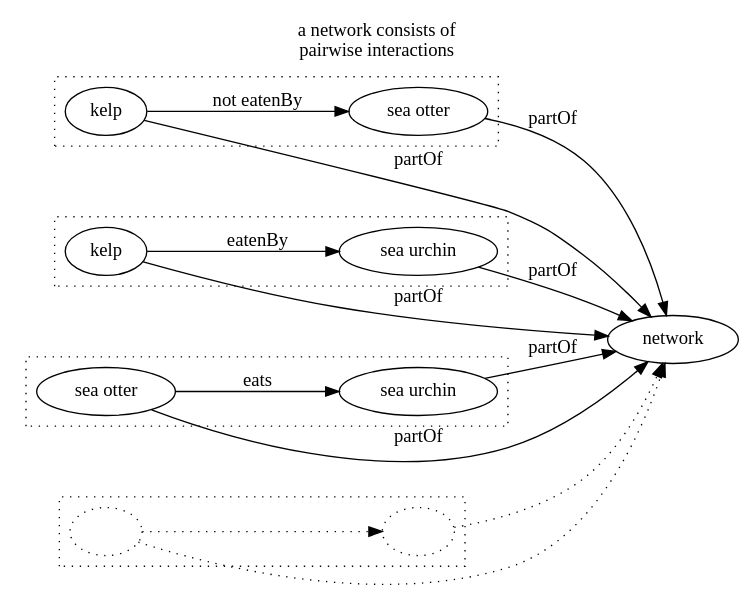
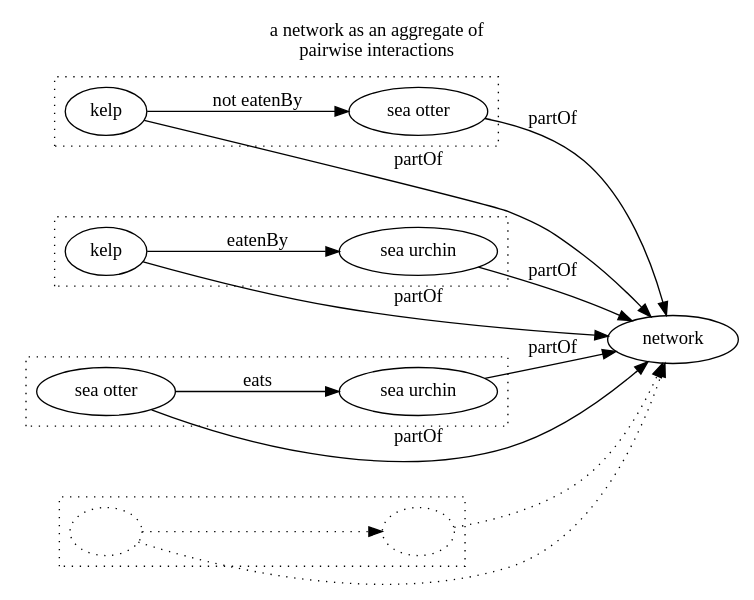
One commit to qgroom/globis-b-interactions changed the diagram in network-as-pairwise.dot. Above: the diagram before and after it, drawn with Graphviz. The commit also changed 1 other file, not shown here.

Commit message:
update figure

```diff
--- a/network-as-pairwise.dot
+++ b/network-as-pairwise.dot
@@ -1,55 +1,55 @@
 digraph pairwise {
     rankdir=LR;
     labelloc="t";
-    label="a network consists of\npairwise interactions";
+    label="a network as an aggregate of\npairwise interactions";
     
     a0 [label="kelp"];
     a1 [label="kelp"];
     
     b0 [label="sea otter"];
     b1 [label="sea otter"];
     
     c0 [label="sea urchin"];
     c1 [label="sea urchin"];
     
     empty0 [label="", style = dotted];
     empty1 [label="", style = dotted];
 
     subgraph cluster0 {
       label = "";
       style = dotted;
       a0 -> b0 [label="not eatenBy"];
     }
 
     subgraph cluster1 {
       label = "";
       style = dotted;
       a1 -> c0 [label="eatenBy"];
     }
 
     subgraph cluster2 {
       label = "";
       style = dotted;
       b1 -> c1 [label="eats"];
     }
    
     subgraph cluster3 {
       label = "";
       style = dotted;
       empty0 -> empty1 [label="", style = dotted];
     }
 
     n [label="network"]
 
     a0 -> n [label="partOf"];
     a1 -> n [label="partOf"];
     
     b0 -> n [label="partOf"];
     b1 -> n [label="partOf"];
     
     c0 -> n [label="partOf"];
     c1 -> n [label="partOf"];
     
     empty0 -> n [style=dotted];
     empty1 -> n [style=dotted];
 }
```
